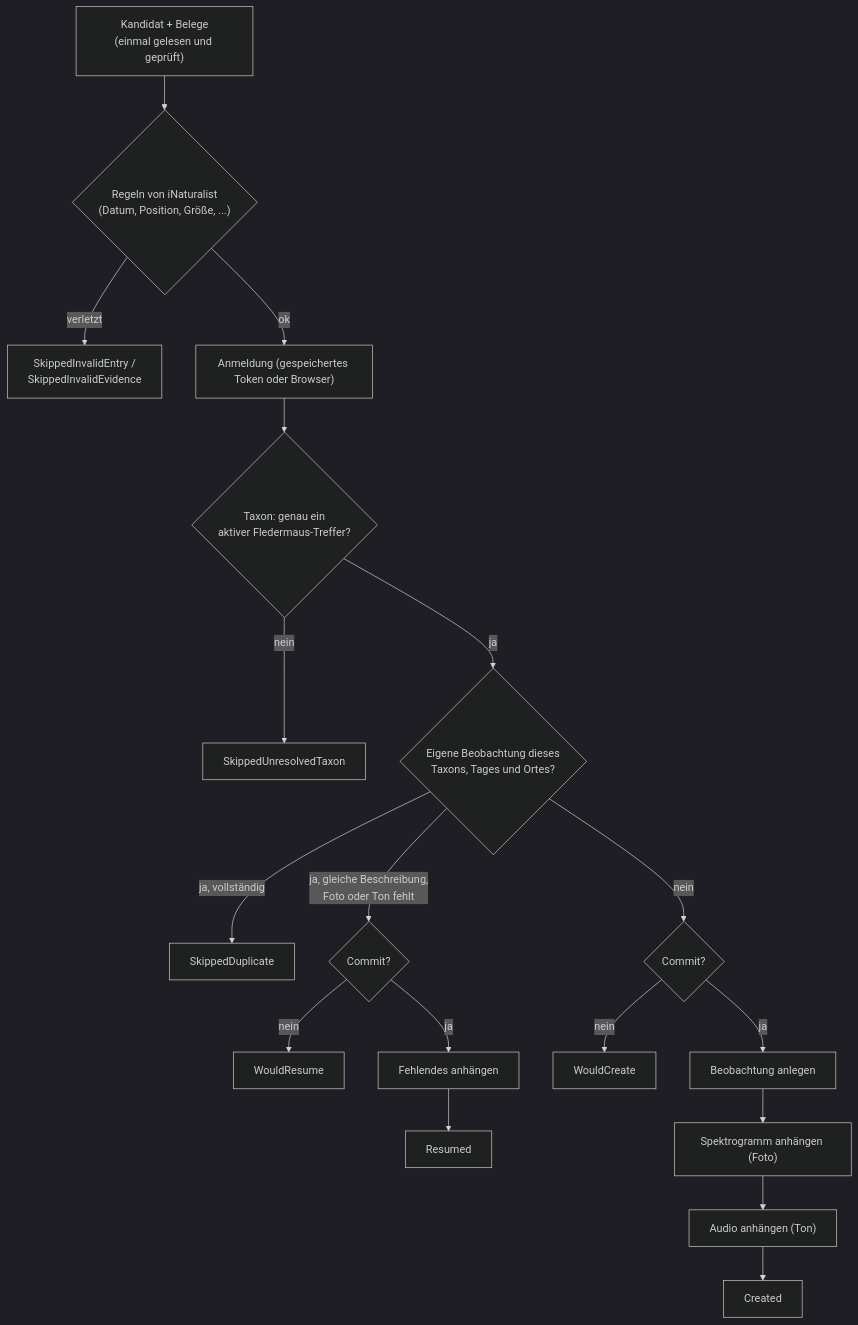
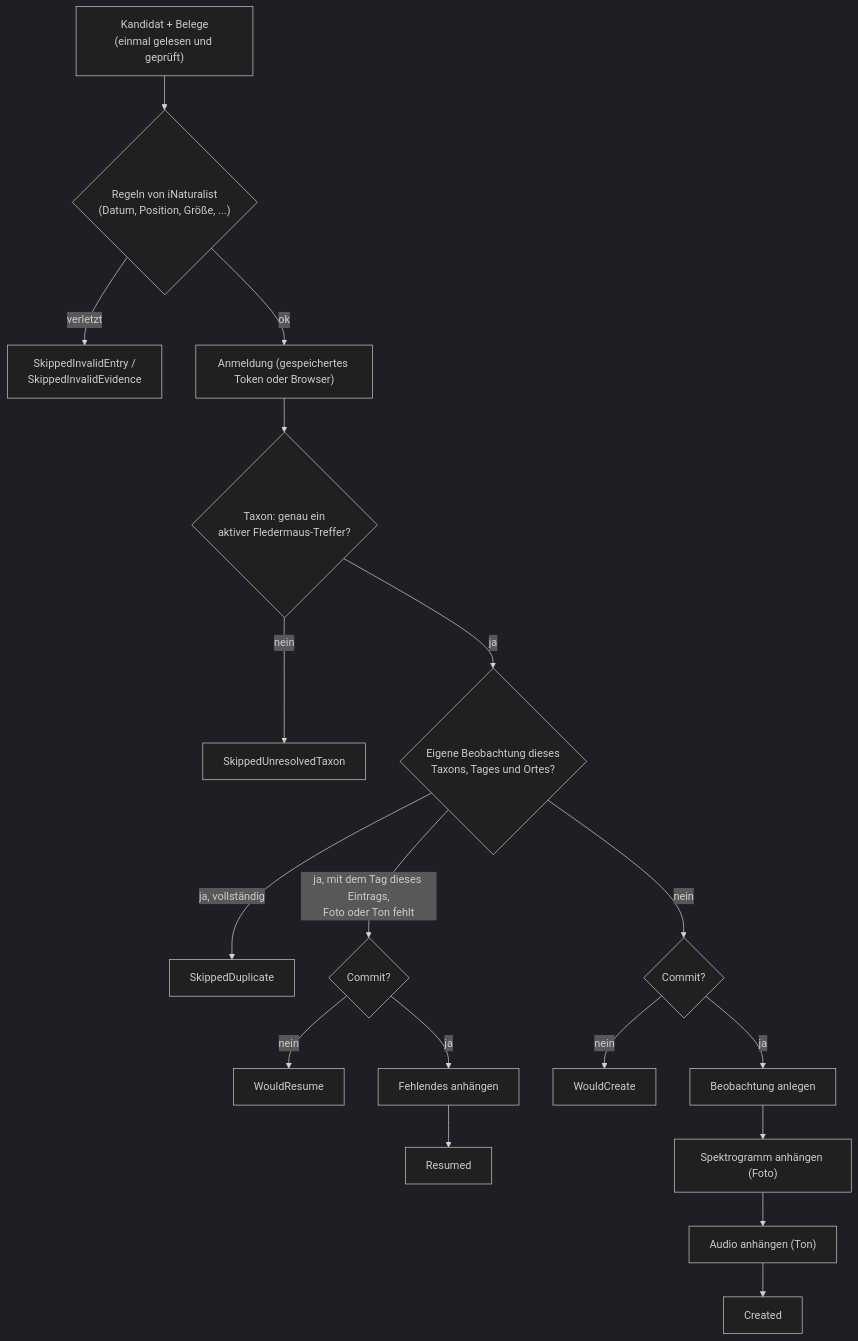
Before and after one commit to microglossum/batinspector-publisher: the diagram in docs/inaturalist.de.md, drawn with Mermaid (dark theme). The commit also changed other lines of this file and 12 other files, not shown here.

````diff
--- a/docs/inaturalist.de.md
+++ b/docs/inaturalist.de.md
@@ -15,20 +15,20 @@
 ```mermaid
 flowchart TD
     A["Kandidat + Belege<br/>(einmal gelesen und geprüft)"] --> B{"Regeln von iNaturalist<br/>(Datum, Position, Größe, ...)"}
     B -->|verletzt| S1["SkippedInvalidEntry /<br/>SkippedInvalidEvidence"]
     B -->|ok| C["Anmeldung (gespeichertes Token oder Browser)"]
     C --> D{"Taxon: genau ein<br/>aktiver Fledermaus-Treffer?"}
     D -->|nein| S2["SkippedUnresolvedTaxon"]
     D -->|ja| E{"Eigene Beobachtung dieses<br/>Taxons, Tages und Ortes?"}
     E -->|"ja, vollständig"| S3["SkippedDuplicate"]
-    E -->|"ja, gleiche Beschreibung,<br/>Foto oder Ton fehlt"| G{"Commit?"}
+    E -->|"ja, mit dem Tag dieses Eintrags,<br/>Foto oder Ton fehlt"| G{"Commit?"}
     E -->|nein| H{"Commit?"}
     G -->|nein| W1["WouldResume"]
     G -->|ja| K["Fehlendes anhängen"]
     H -->|nein| W2["WouldCreate"]
     H -->|ja| I["Beobachtung anlegen"]
     I --> J["Spektrogramm anhängen (Foto)"]
     J --> K2["Audio anhängen (Ton)"]
     K --> R["Resumed"]
     K2 --> CR["Created"]
 ```
````
